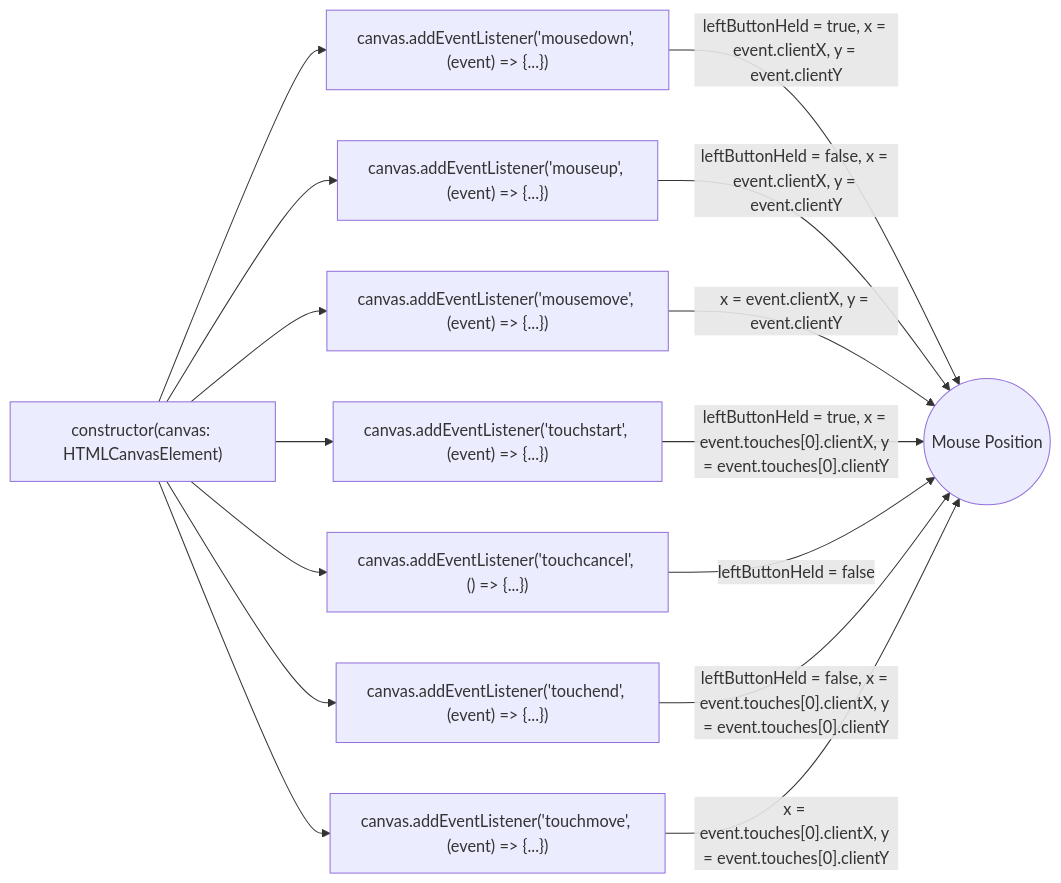
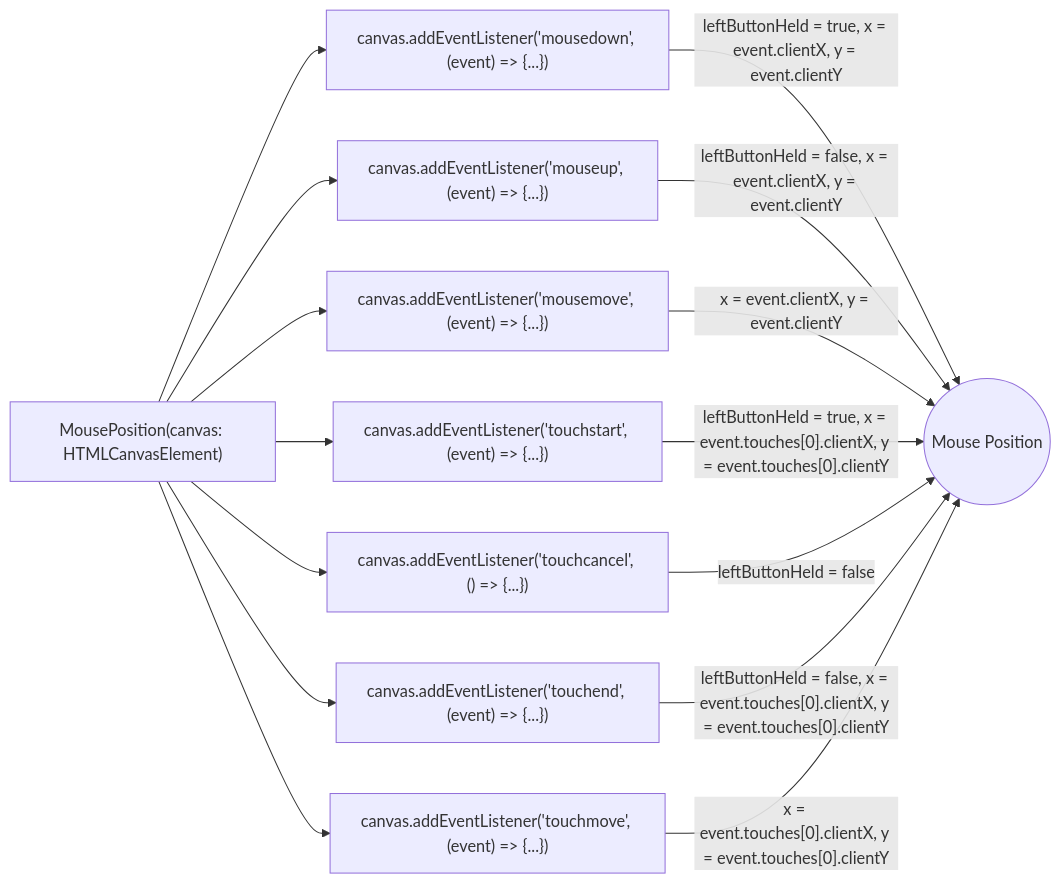
One commit to huynhtrankhanh/Crusgkeo changed the second of 2 diagrams in README.md. Above: the diagram before and after it, drawn with Mermaid.

Commit message:
Label class name

````diff
--- a/README.md
+++ b/README.md
@@ -60,17 +60,17 @@
 ```mermaid
 flowchart LR
-  A["constructor(canvas: HTMLCanvasElement)"] --> B["canvas.addEventListener('mousedown', (event) => {...})"]
+  A["MousePosition(canvas: HTMLCanvasElement)"] --> B["canvas.addEventListener('mousedown', (event) => {...})"]
   A --> C["canvas.addEventListener('mouseup', (event) => {...})"]
   A --> D["canvas.addEventListener('mousemove', (event) => {...})"]
   A --> E["canvas.addEventListener('touchstart', (event) => {...})"]
   A --> F["canvas.addEventListener('touchcancel', () => {...})"]
   A --> G["canvas.addEventListener('touchend', (event) => {...})"]
   A --> H["canvas.addEventListener('touchmove', (event) => {...})"]
   B -->|"leftButtonHeld = true, x = event.clientX, y = event.clientY"| I((Mouse Position))
   C -->|"leftButtonHeld = false, x = event.clientX, y = event.clientY"| I
   D -->|"x = event.clientX, y = event.clientY"| I
   E -->|"leftButtonHeld = true, x = event.touches[0].clientX, y = event.touches[0].clientY"| I
   F -->|"leftButtonHeld = false"| I
   G -->|"leftButtonHeld = false, x = event.touches[0].clientX, y = event.touches[0].clientY"| I
   H -->|"x = event.touches[0].clientX, y = event.touches[0].clientY"| I
 ```
````
